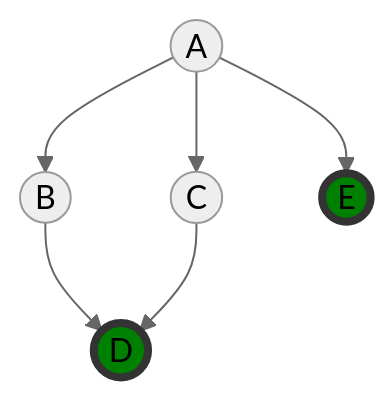
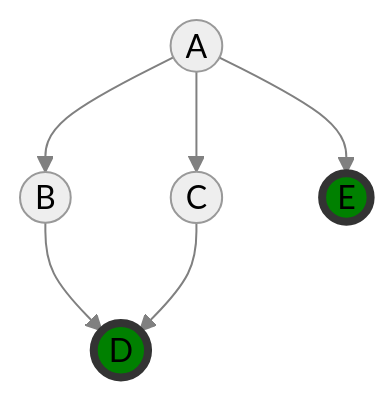
One commit to OmenApps/django-directed changed the fifth of 17 diagrams in docs/terminology.md. Above: the diagram before and after it, drawn with Mermaid (neutral theme). The commit also changed other lines of this file, not shown here.

First line of the commit message:
Improved appearance of graphs

````diff
--- a/docs/terminology.md
+++ b/docs/terminology.md
@@ -75,17 +79,19 @@
 ```{mermaid}
 graph TD;
     A((A));
     B((B));
     C((C));
     D((D));
     E((E));
     
     A-->B;
     A-->C;
     B-->D;
     C-->D;
     A-->E;
 
     style D fill:green,stroke:#333,stroke-width:4px;
     style E fill:green,stroke:#333,stroke-width:4px;
+
+    linkStyle default fill:none,stroke:gray
 ```
````
